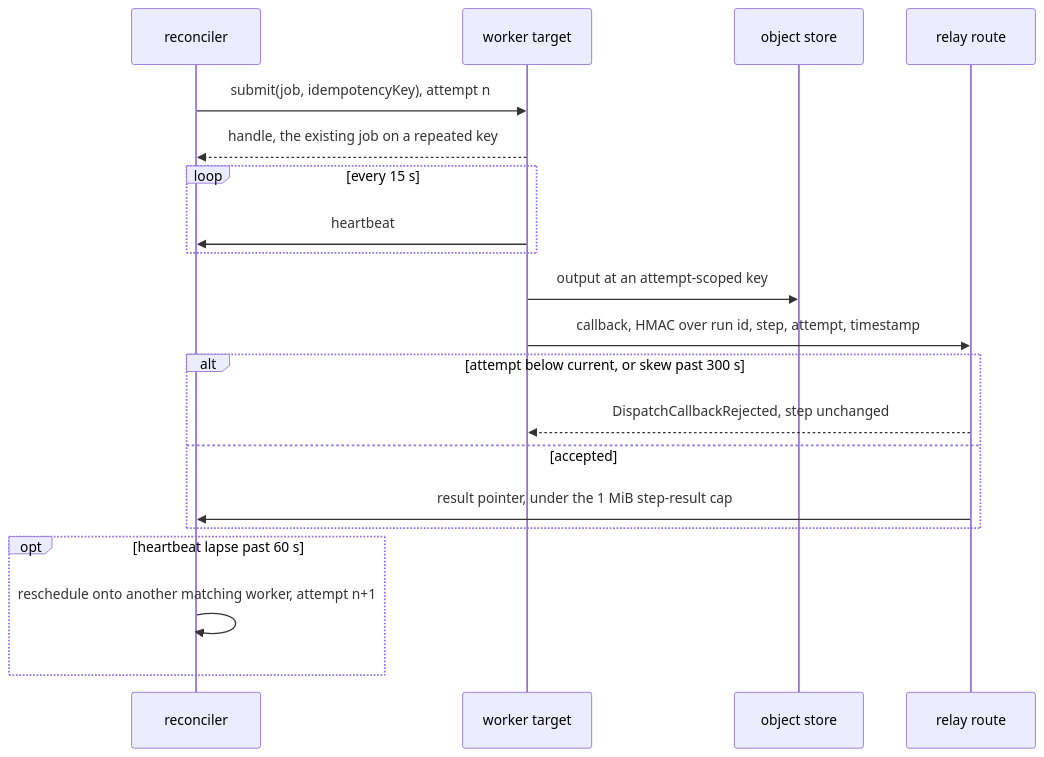
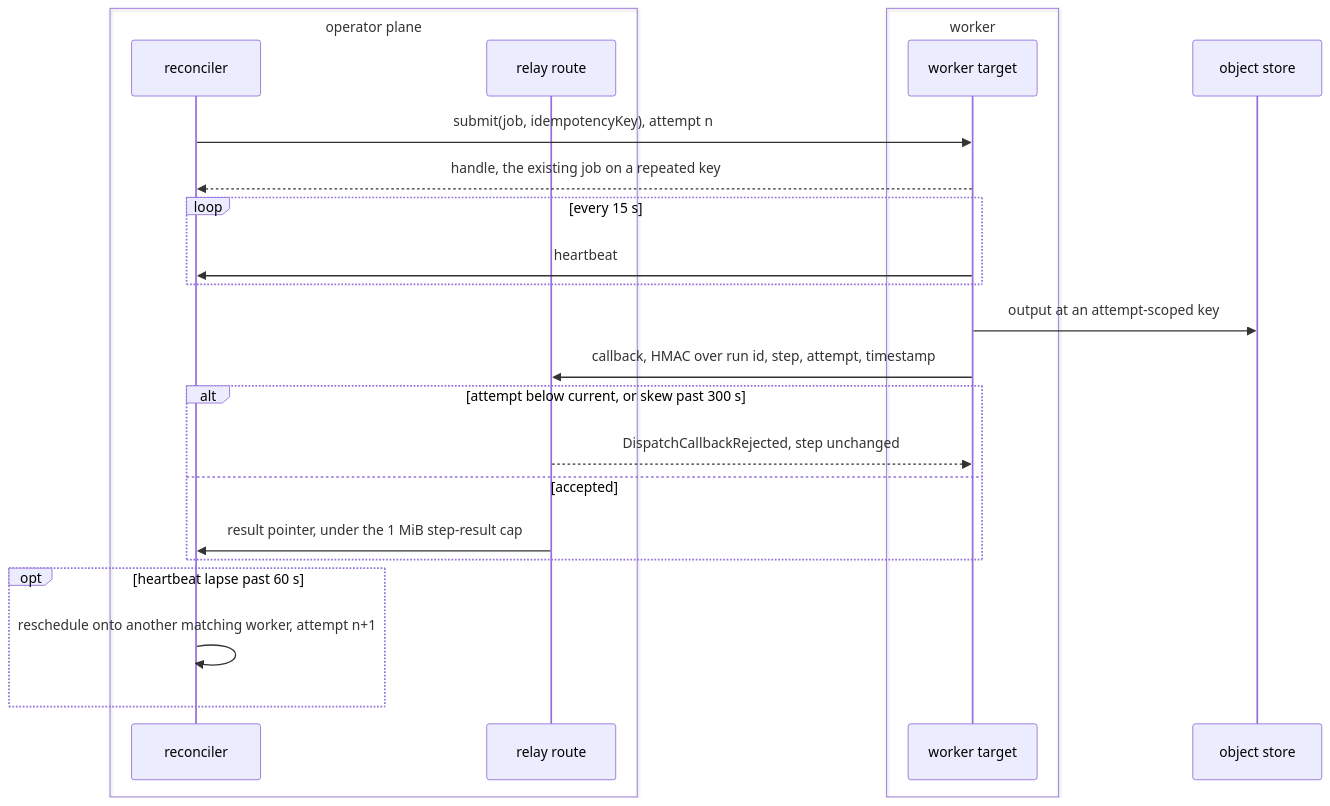
One commit to fractalboxdev/contextful changed the fourth of 5 diagrams in spec/70-control-plane.md. Above: the diagram before and after it, drawn with Mermaid. The commit also changed other lines of this file and 33 other files, not shown here.

Commit message:
spec: diagrams draw contracts, parties and trust zones as containers; a node standing for one is refused

````diff
--- a/spec/70-control-plane.md
+++ b/spec/70-control-plane.md
@@ -131,22 +150,26 @@
 ```mermaid
 sequenceDiagram
-  participant RC as reconciler
-  participant W as worker target
+  box operator plane
+    participant RC as reconciler
+    participant RL as relay route
+  end
+  box worker
+    participant W as worker target
+  end
   participant OS as object store
-  participant RL as relay route
   RC->>W: submit(job, idempotencyKey), attempt n
   W-->>RC: handle, the existing job on a repeated key
   loop every 15 s
     W->>RC: heartbeat
   end
   W->>OS: output at an attempt-scoped key
   W->>RL: callback, HMAC over run id, step, attempt, timestamp
   alt attempt below current, or skew past 300 s
     RL-->>W: DispatchCallbackRejected, step unchanged
   else accepted
     RL->>RC: result pointer, under the 1 MiB step-result cap
   end
   opt heartbeat lapse past 60 s
     RC->>RC: reschedule onto another matching worker, attempt n+1
   end
 ```
````
